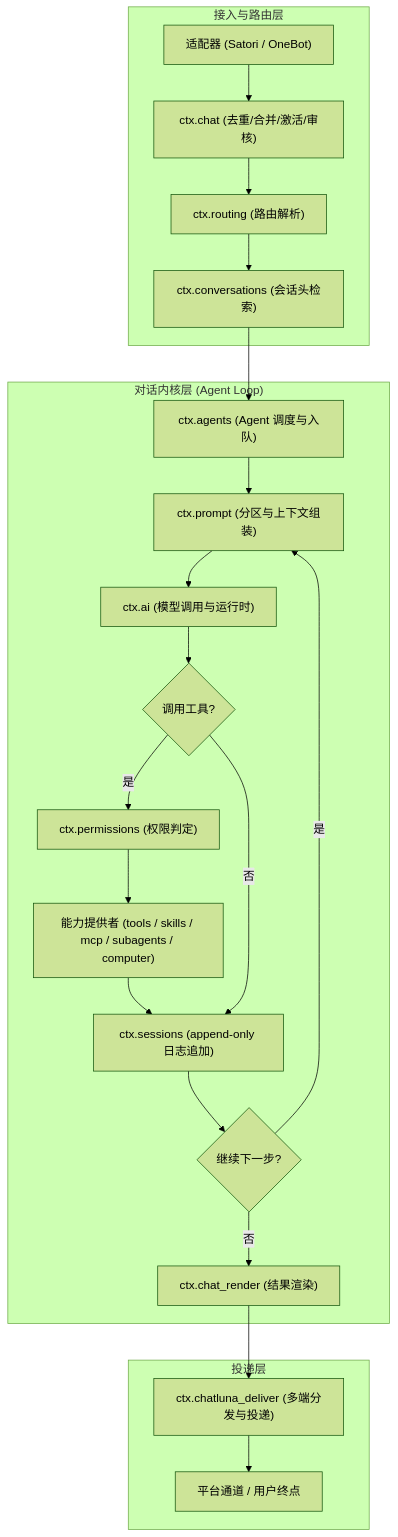
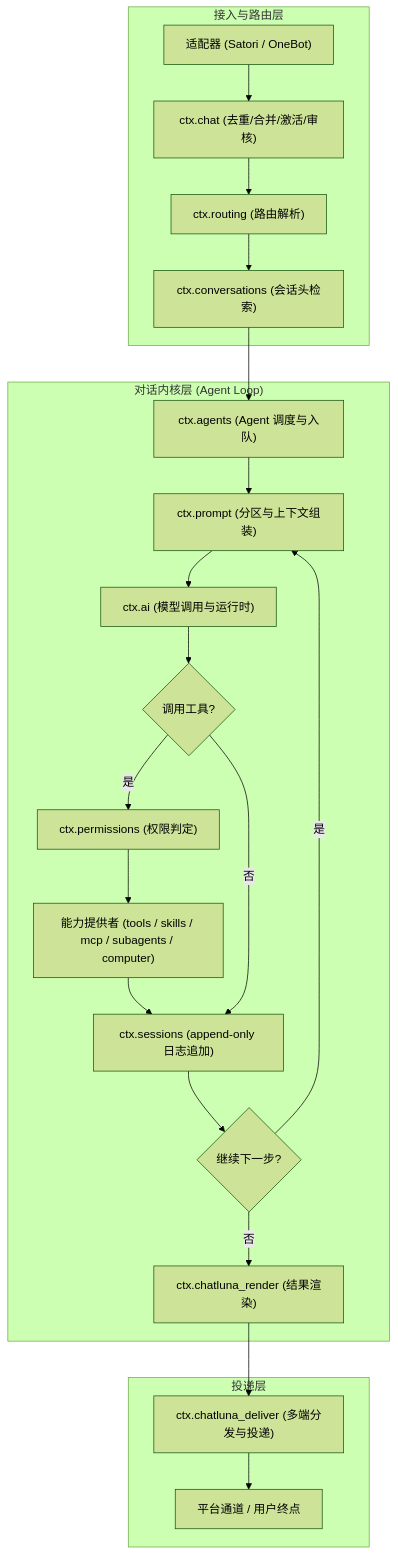
The first of 2 diagrams in docs/architecture/index.md (ChatLunaLab/doc), drawn with Mermaid (forest theme) before and after one commit. The commit also changed other lines of this file, not shown here.

Commit message:
docs(architecture): align the overview service map and pipeline names with the real service registry

````diff
--- a/docs/architecture/index.md
+++ b/docs/architecture/index.md
@@ -13,27 +13,27 @@
 ```mermaid
 flowchart TB
     subgraph Ingress ["接入与路由层"]
         Adapter["适配器 (Satori / OneBot)"] --> ChatSvc["ctx.chat (去重/合并/激活/审核)"]
         ChatSvc --> RoutingSvc["ctx.routing (路由解析)"]
         RoutingSvc --> ConvSvc["ctx.conversations (会话头检索)"]
     end
 
     subgraph Kernel ["对话内核层 (Agent Loop)"]
         ConvSvc --> AgentSvc["ctx.agents (Agent 调度与入队)"]
         AgentSvc --> PromptSvc["ctx.prompt (分区与上下文组装)"]
         PromptSvc --> AISvc["ctx.ai (模型调用与运行时)"]
         AISvc --> CapabilityGate{"调用工具?"}
         CapabilityGate -- 是 --> PermSvc["ctx.permissions (权限判定)"]
         PermSvc --> CapSvc["能力提供者 (tools / skills / mcp / subagents / computer)"]
         CapSvc --> SessionLog["ctx.sessions (append-only 日志追加)"]
         CapabilityGate -- 否 --> SessionLog
         SessionLog --> StepNext{"继续下一步?"}
         StepNext -- 是 --> PromptSvc
-        StepNext -- 否 --> RenderSvc["ctx.chat_render (结果渲染)"]
+        StepNext -- 否 --> RenderSvc["ctx.chatluna_render (结果渲染)"]
     end
 
     subgraph Egress ["投递层"]
         RenderSvc --> DeliverSvc["ctx.chatluna_deliver (多端分发与投递)"]
         DeliverSvc --> SatoriTarget["平台通道 / 用户终点"]
     end
 ```
````
